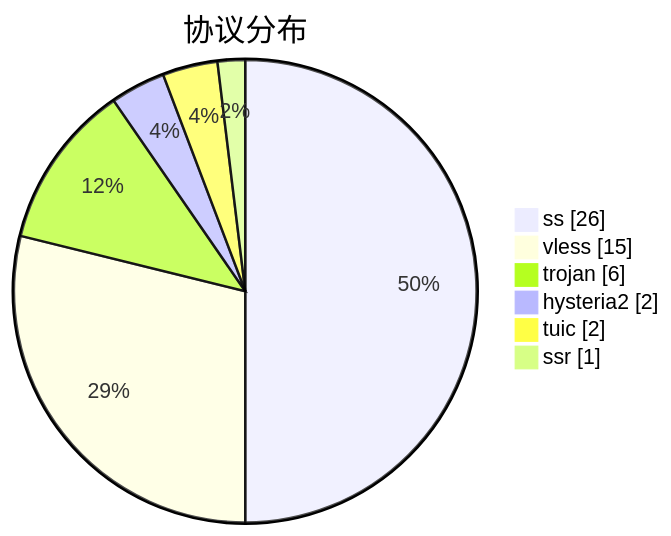
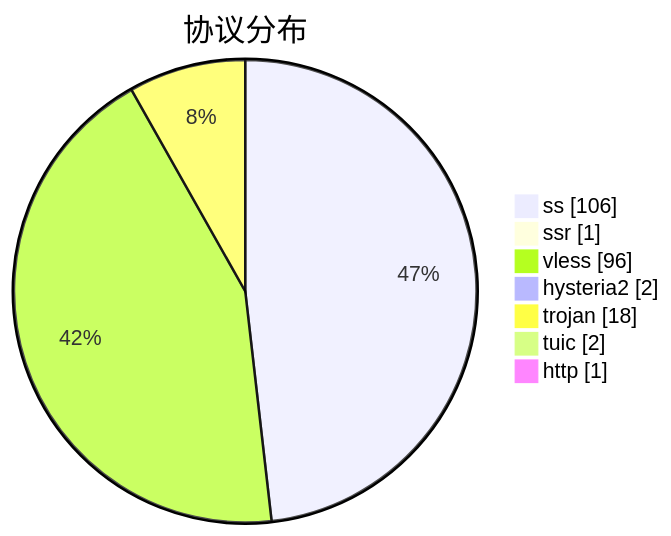
The third of 3 diagrams in subs/statistics/tested_within.md (qjlxg/airport), drawn with Mermaid before and after one commit. The commit also changed other lines of this file and 2 other files, not shown here.

````diff
--- a/subs/statistics/tested_within.md
+++ b/subs/statistics/tested_within.md
@@ -25,10 +30,11 @@
 ```mermaid
 pie showData
 title 协议分布
-"ss" : 26
-"vless" : 15
-"trojan" : 6
+"ss" : 106
+"ssr" : 1
+"vless" : 96
 "hysteria2" : 2
+"trojan" : 18
 "tuic" : 2
-"ssr" : 1
+"http" : 1
 ```
````
